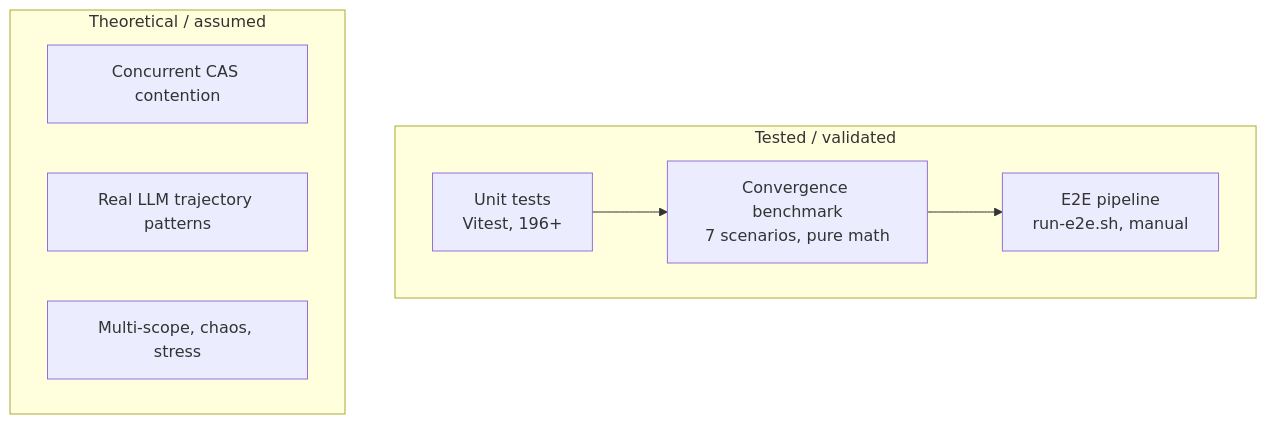
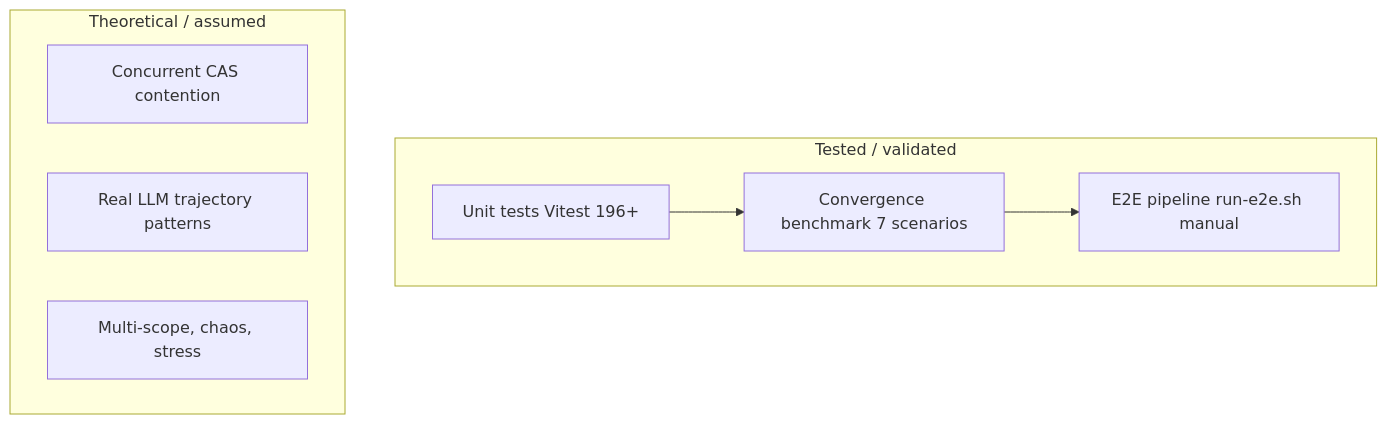
One commit to DealExMachina/swarm-of-governed-agents changed the diagram in docs/validation.md. Above: the diagram before and after it, drawn with Mermaid. The commit also changed 3 other files, not shown here.

Commit message:
fix: Mermaid node labels for GitHub (remove \n, simplify text)

````diff
--- a/docs/validation.md
+++ b/docs/validation.md
@@ -14,15 +14,15 @@
 ```mermaid
 flowchart TB
   subgraph tested["Tested / validated"]
-    U[Unit tests\nVitest, 196+]
-    BENCH[Convergence benchmark\n7 scenarios, pure math]
-    E2E[E2E pipeline\nrun-e2e.sh, manual]
+    U[Unit tests Vitest 196+]
+    BENCH[Convergence benchmark 7 scenarios]
+    E2E[E2E pipeline run-e2e.sh manual]
   end
   subgraph theoretical["Theoretical / assumed"]
     T1[Concurrent CAS contention]
     T2[Real LLM trajectory patterns]
     T3[Multi-scope, chaos, stress]
   end
   U --> BENCH
   BENCH --> E2E
 ```
````
